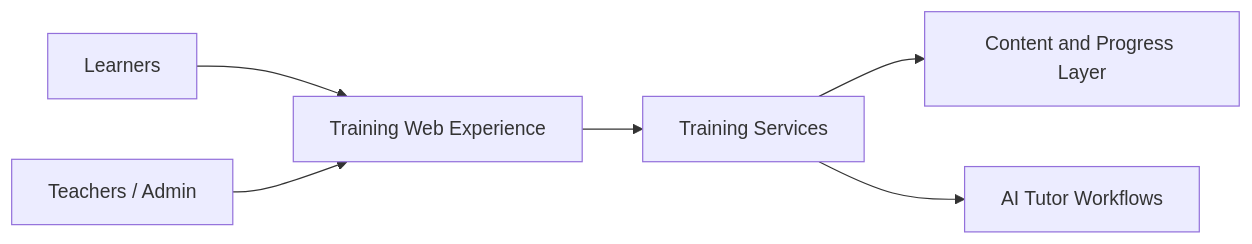
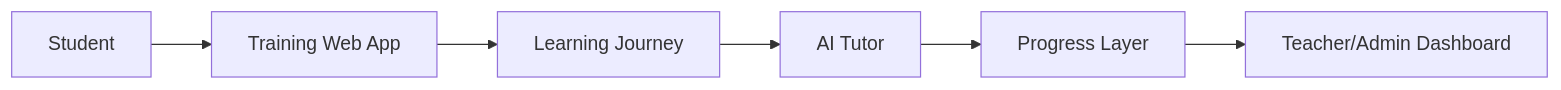
The diagram in projects/schoolia-training-os.md (AdrianoPortuga/codestech-product-portfolio), drawn with Mermaid before and after one commit. The commit also changed other lines of this file and 7 other files, not shown here.

````diff
--- a/projects/schoolia-training-os.md
+++ b/projects/schoolia-training-os.md
@@ -33,8 +21,8 @@
 ```mermaid
 flowchart LR
-    A[Learners] --> B[Training Web Experience]
-    C[Teachers / Admin] --> B
-    B --> D[Training Services]
-    D --> E[Content and Progress Layer]
-    D --> F[AI Tutor Workflows]
+    A[Student] --> B[Training Web App]
+    B --> C[Learning Journey]
+    C --> D[AI Tutor]
+    D --> E[Progress Layer]
+    E --> F[Teacher/Admin Dashboard]
 ```
````
